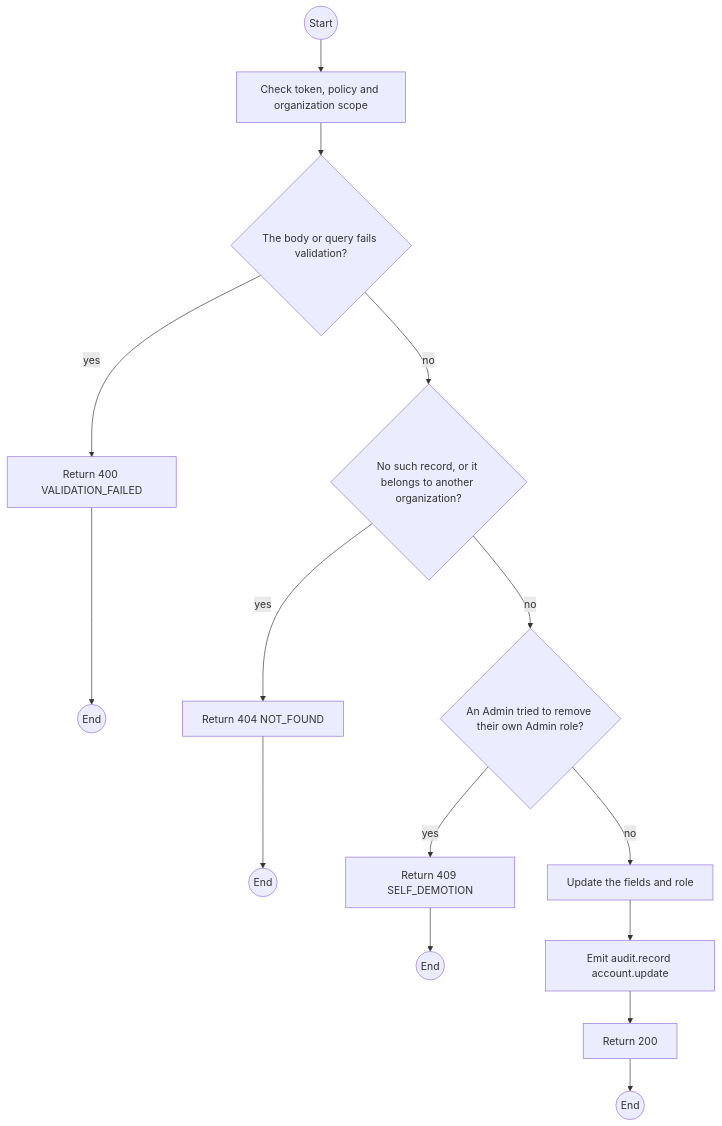
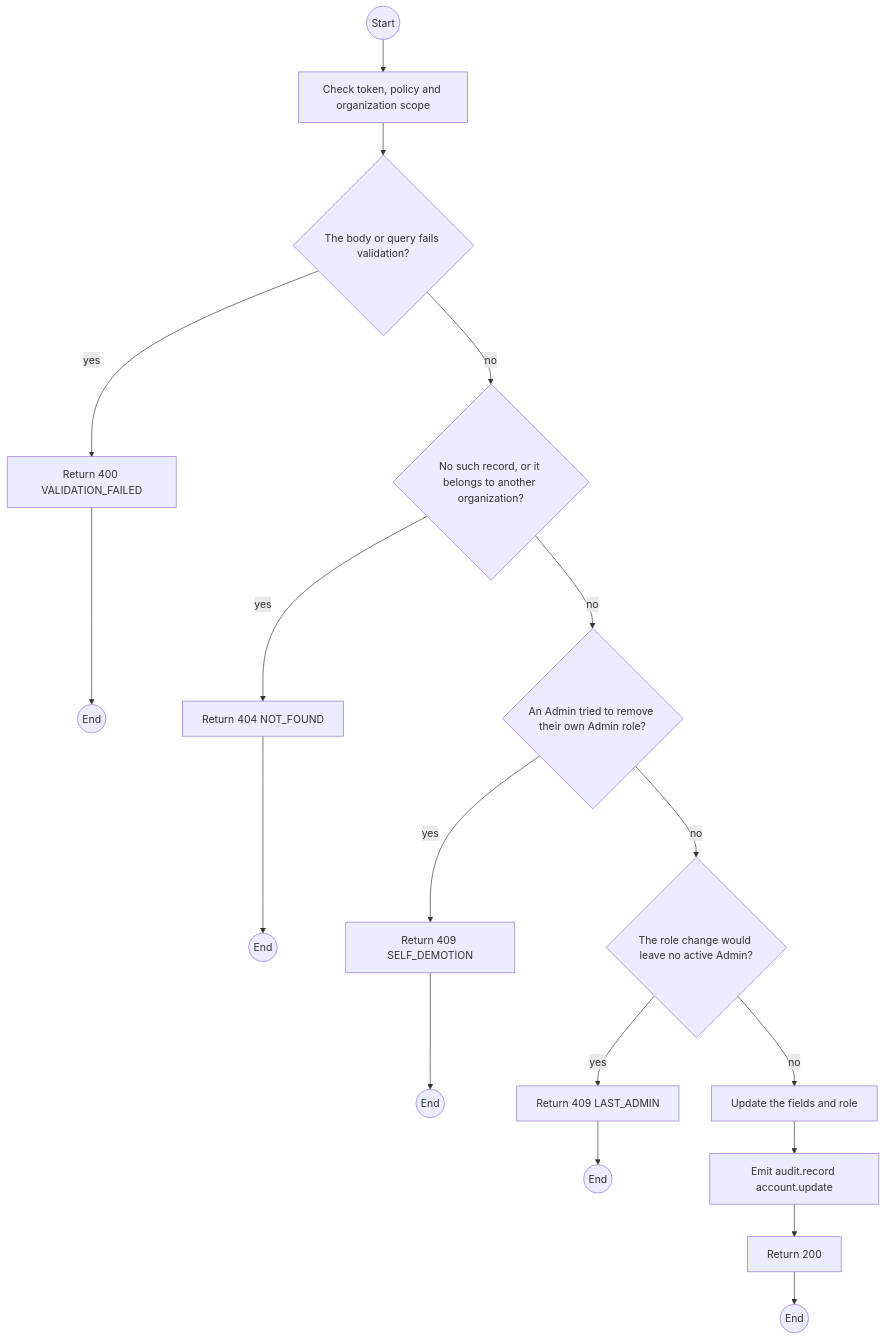
The first of 2 diagrams in specs/auth/api-design/11-patch-accounts-id.md (TrekLink-Team/treklink-web), drawn with Mermaid before and after one commit. The commit also changed other lines of this file and 4 other files, not shown here.

````diff
--- a/specs/auth/api-design/11-patch-accounts-id.md
+++ b/specs/auth/api-design/11-patch-accounts-id.md
@@ -160,28 +177,33 @@
 ```mermaid
 flowchart TB
     S((Start))
     A0["Check token, policy and organization scope"]
     S --> A0
     D1{"The body or query fails validation?"}
     A0 --> D1
     E1["Return 400 VALIDATION_FAILED"]
     D1 -->|yes| E1
     E1 --> X1((End))
     D2{"No such record, or it belongs to another organization?"}
     D1 -->|no| D2
     E2["Return 404 NOT_FOUND"]
     D2 -->|yes| E2
     E2 --> X2((End))
     D3{"An Admin tried to remove their own Admin role?"}
     D2 -->|no| D3
     E3["Return 409 SELF_DEMOTION"]
     D3 -->|yes| E3
     E3 --> X3((End))
+    D4{"The role change would leave no active Admin?"}
+    D3 -->|no| D4
+    E4["Return 409 LAST_ADMIN"]
+    D4 -->|yes| E4
+    E4 --> X4((End))
     P0["Update the fields and role"]
-    D3 -->|no| P0
+    D4 -->|no| P0
     P1["Emit audit.record account.update"]
     P0 --> P1
     OK["Return 200"]
     P1 --> OK
     OK --> Z((End))
 ```
````
